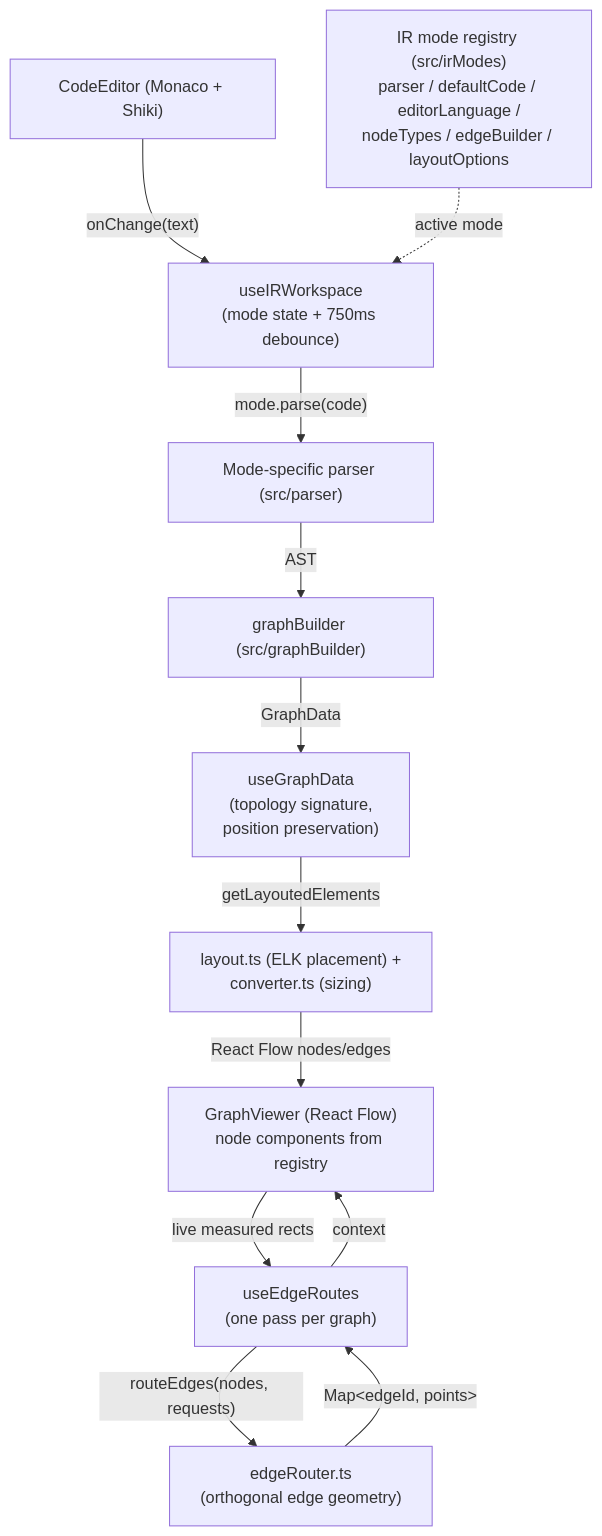
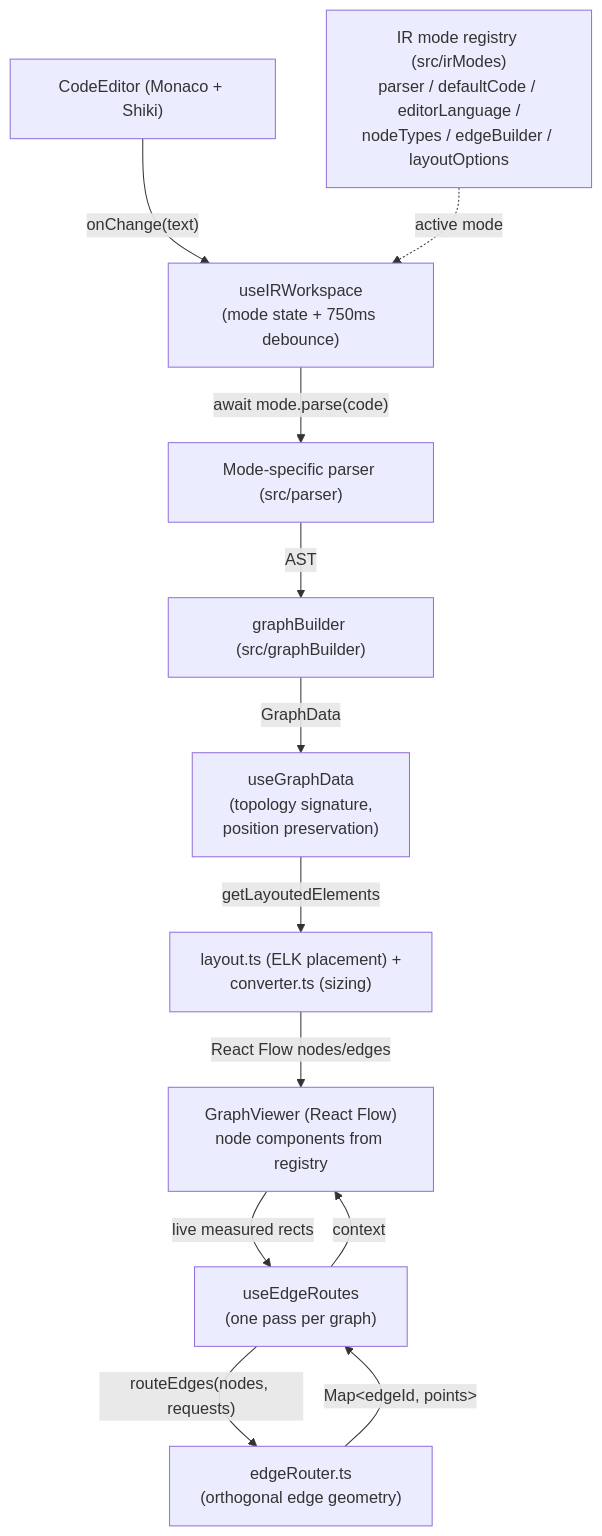
Before and after one commit to himadajin/ir-visualizer: the diagram in docs/internal/architecture.md, drawn with Mermaid. The commit also changed other lines of this file and 7 other files, not shown here.

First line of the commit message:
feat: make IR mode parse contract async (#109)

````diff
--- a/docs/internal/architecture.md
+++ b/docs/internal/architecture.md
@@ -7,14 +7,14 @@
 ```mermaid
 flowchart TD
   Editor["CodeEditor (Monaco + Shiki)"] -->|"onChange(text)"| Workspace["useIRWorkspace<br/>(mode state + 750ms debounce)"]
   Registry["IR mode registry (src/irModes)<br/>parser / defaultCode / editorLanguage /<br/>nodeTypes / edgeBuilder / layoutOptions"] -.->|"active mode"| Workspace
-  Workspace -->|"mode.parse(code)"| Parser["Mode-specific parser (src/parser)"]
+  Workspace -->|"await mode.parse(code)"| Parser["Mode-specific parser (src/parser)"]
   Parser -->|AST| Builder["graphBuilder (src/graphBuilder)"]
   Builder -->|GraphData| GraphHook["useGraphData<br/>(topology signature,<br/>position preservation)"]
   GraphHook -->|"getLayoutedElements"| Layout["layout.ts (ELK placement) +<br/>converter.ts (sizing)"]
   Layout -->|"React Flow nodes/edges"| Viewer["GraphViewer (React Flow)<br/>node components from registry"]
   Viewer -->|"live measured rects"| Routes["useEdgeRoutes<br/>(one pass per graph)"]
   Routes -->|"routeEdges(nodes, requests)"| Router["edgeRouter.ts<br/>(orthogonal edge geometry)"]
   Router -->|"Map&lt;edgeId, points&gt;"| Routes
   Routes -->|"context"| Viewer
 ```
````
